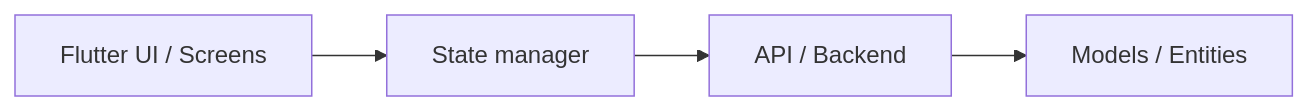
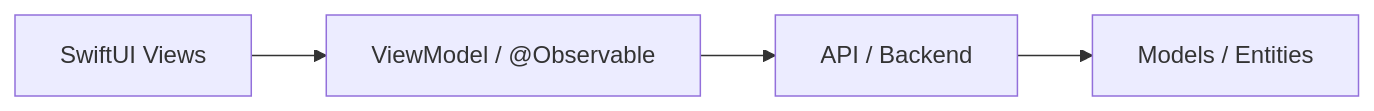
One commit to Agent-Rules-Ecosystem/swift-agent-rules changed the diagram in templates/architecture.md. Above: the diagram before and after it, drawn with Mermaid. The commit also changed 7 other files, not shown here.

````diff
--- a/templates/architecture.md
+++ b/templates/architecture.md
@@ -5,6 +5,6 @@
 ```mermaid
 graph LR
-    UI[Flutter UI / Screens] --> State[State manager]
+    UI[SwiftUI Views] --> State[ViewModel / @Observable]
     State --> Service[API / Backend]
     Service --> Model[Models / Entities]
 ```
````
